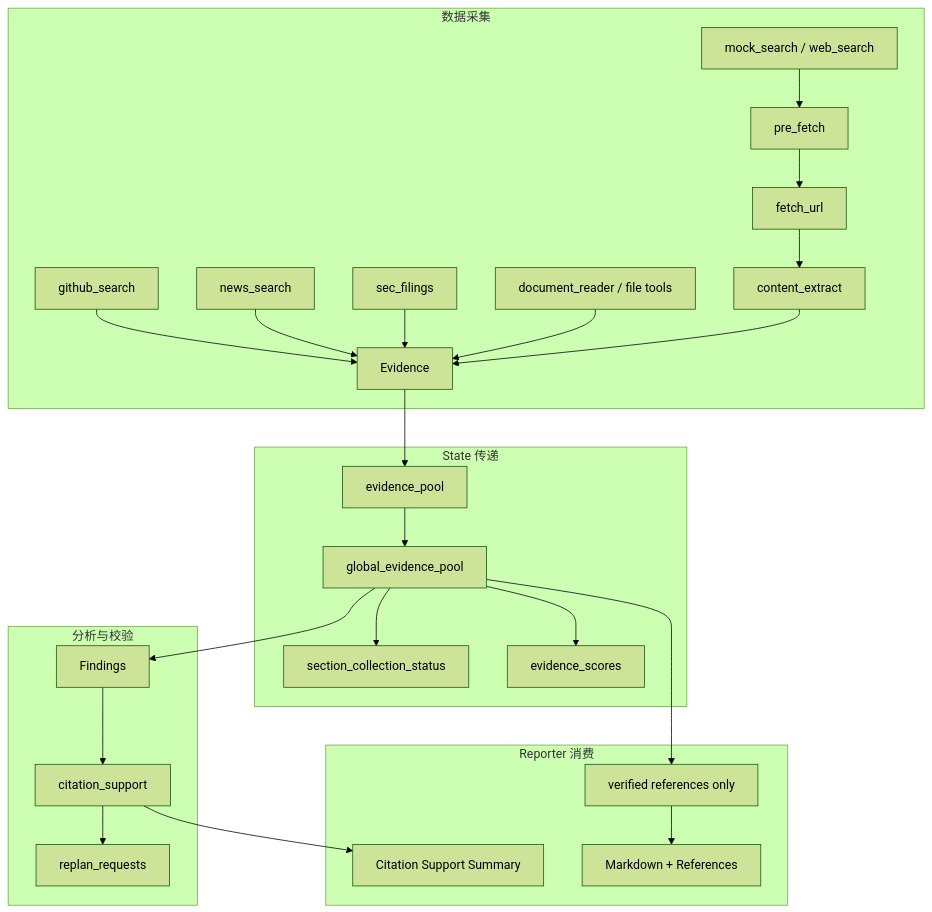
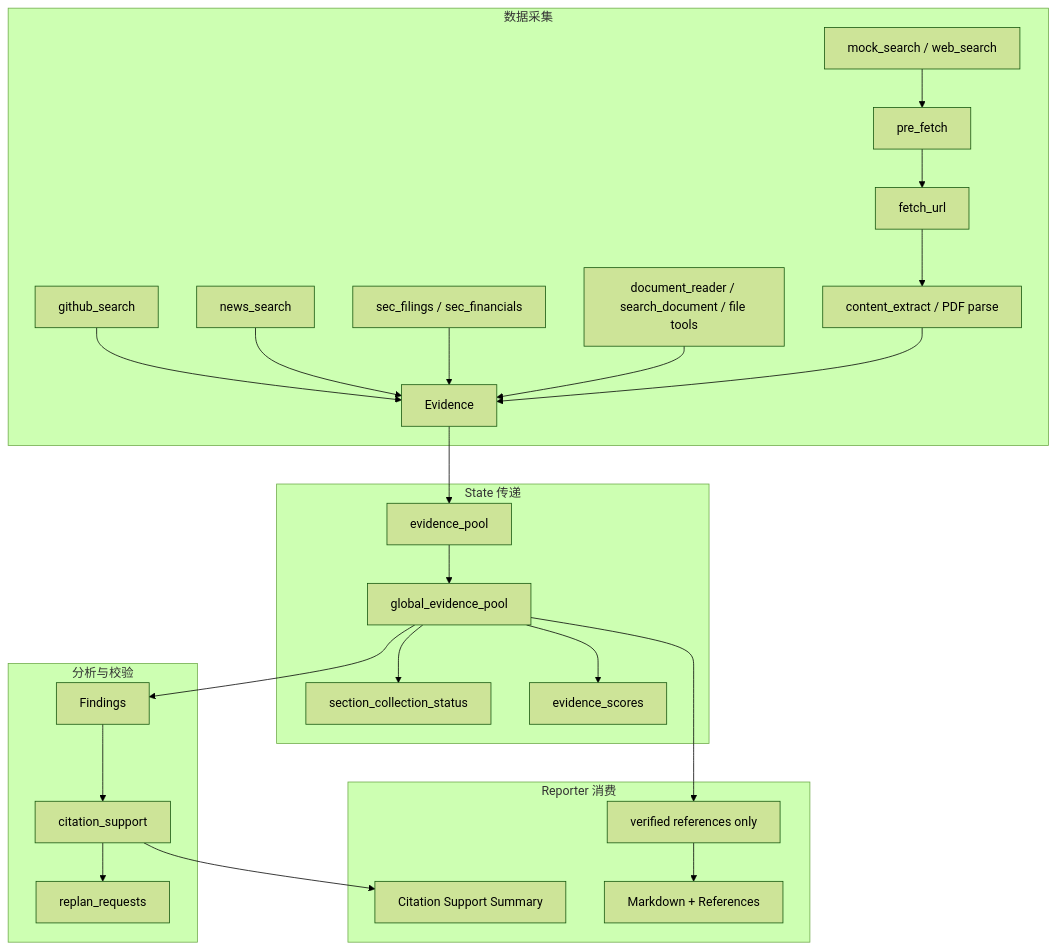
The third of 3 diagrams in README.md (Caser-86/InsightGraph), drawn with Mermaid (forest theme) before and after one commit. The commit also changed other lines of this file, not shown here.

````diff
--- a/README.md
+++ b/README.md
@@ -221,32 +215,32 @@
 ```mermaid
 flowchart TB
     subgraph 数据采集
         T1[mock_search / web_search] --> T2[pre_fetch]
         T2 --> T3[fetch_url]
-        T3 --> T4[content_extract]
-        T5[github_search] --> T8[Evidence]
-        T6[news_search] --> T8
-        T7[sec_filings] --> T8
-        T9[document_reader / file tools] --> T8
-        T4 --> T8
+        T3 --> T4[content_extract / PDF parse]
+        T5[github_search] --> T9[Evidence]
+        T6[news_search] --> T9
+        T7[sec_filings / sec_financials] --> T9
+        T8[document_reader / search_document / file tools] --> T9
+        T4 --> T9
     end
 
     subgraph State 传递
-        T8 --> S1[evidence_pool]
+        T9 --> S1[evidence_pool]
         S1 --> S2[global_evidence_pool]
         S2 --> S3[section_collection_status]
         S2 --> S4[evidence_scores]
     end
 
     subgraph 分析与校验
         S2 --> A1[Findings]
         A1 --> A2[citation_support]
         A2 --> A3[replan_requests]
     end
 
     subgraph Reporter 消费
         A2 --> R1[Citation Support Summary]
         S2 --> R2[verified references only]
         R2 --> R3[Markdown + References]
     end
 ```
````
